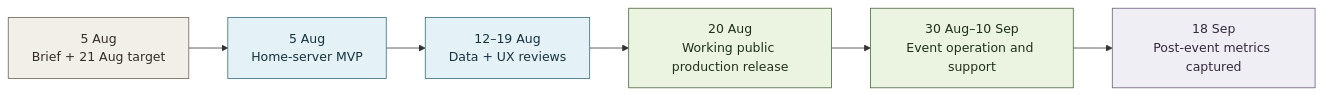
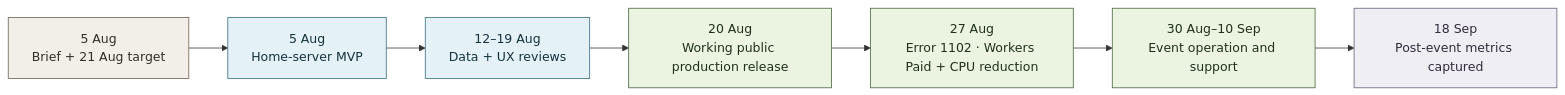
Before and after one commit to jackyngtf/wellness-village-event-platform: the diagram in docs/diagrams/delivery-evolution.mmd, drawn with Mermaid. The commit also changed 147 other files, not shown here.

```diff
--- a/docs/diagrams/delivery-evolution.mmd
+++ b/docs/diagrams/delivery-evolution.mmd
@@ -1,22 +1,24 @@
 flowchart LR
     BRIEF["5 Aug<br/>Brief + 21 Aug target"]
     MVP["5 Aug<br/>Home-server MVP"]
     ITERATE["12–19 Aug<br/>Data + UX reviews"]
     RELEASE["20 Aug<br/>Working public production release"]
+    HARDEN["27 Aug<br/>Error 1102 · Workers Paid + CPU reduction"]
     OPERATE["30 Aug–10 Sep<br/>Event operation and support"]
     EVIDENCE["18 Sep<br/>Post-event metrics captured"]
 
     BRIEF --> MVP
     MVP --> ITERATE
     ITERATE --> RELEASE
-    RELEASE --> OPERATE
+    RELEASE --> HARDEN
+    HARDEN --> OPERATE
     OPERATE --> EVIDENCE
 
     classDef planning fill:#f2efe8,stroke:#6d6250,color:#332e27
     classDef preview fill:#e4f1f7,stroke:#356a7d,color:#16333d
     classDef delivery fill:#eaf4e1,stroke:#48633c,color:#20301b
     classDef evidence fill:#f0eef5,stroke:#675b79,color:#312a3a
     class BRIEF planning
     class MVP,ITERATE preview
-    class RELEASE,OPERATE delivery
+    class RELEASE,HARDEN,OPERATE delivery
     class EVIDENCE evidence
```
